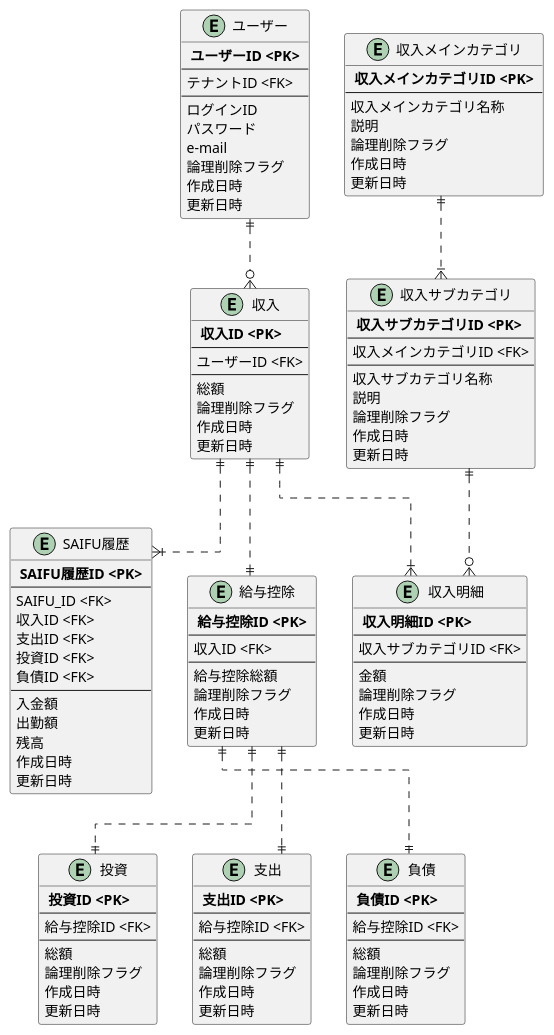
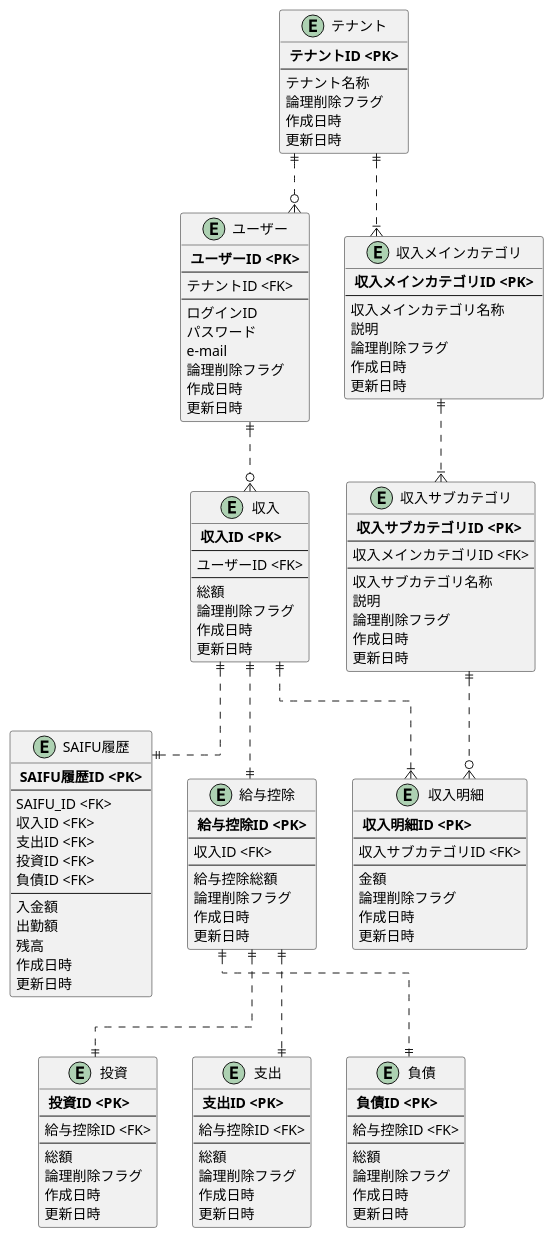
One commit to JojiKoike/saifu-docs changed the diagram in design/ER_Logical_Income.wsd. Above: the diagram before and after it, drawn with PlantUML.

Commit message:
リレーション修正、テナントEntity追加、 テナントと収入メインカテゴリのリレーション追加

```diff
--- a/design/ER_Logical_Income.wsd
+++ b/design/ER_Logical_Income.wsd
@@ -1,135 +1,148 @@
 @startuml ER_Concept
 skinparam linetype ortho
 
 ' Entity
+entity "テナント" as tenant {
+  ** テナントID <PK> **
+  --
+  テナント名称
+  論理削除フラグ
+  作成日時
+  更新日時
+}
+
 entity "ユーザー" as user {
   ** ユーザーID <PK> **
   --
   テナントID <FK>
   --
   ログインID
   パスワード
   e-mail
   論理削除フラグ
   作成日時
   更新日時
 }
 
 entity "SAIFU履歴" as saifuHistory {
   ** SAIFU履歴ID <PK> **
   --
   SAIFU_ID <FK>
   収入ID <FK>
   支出ID <FK>
   投資ID <FK>
   負債ID <FK>
   --
   入金額
   出勤額
   残高
   作成日時
   更新日時
 }
 
 entity "収入" as income {
   ** 収入ID <PK> **
   --
   ユーザーID <FK>
   --
   総額
   論理削除フラグ
   作成日時
   更新日時
 }
 
 entity "収入明細" as incomeDetail {
   ** 収入明細ID <PK> **
   --
   収入サブカテゴリID <FK>
   --
   金額
   論理削除フラグ
   作成日時
   更新日時
 }
 
 entity "収入メインカテゴリ" as incomeCategoryMain {
   ** 収入メインカテゴリID <PK> **
   --
   収入メインカテゴリ名称
   説明
   論理削除フラグ
   作成日時
   更新日時
 }
 
 entity "収入サブカテゴリ" as incomeCategorySub {
   ** 収入サブカテゴリID <PK> **
   --
   収入メインカテゴリID <FK>
   --
   収入サブカテゴリ名称
   説明
   論理削除フラグ
   作成日時
   更新日時
 }
 
 entity "給与控除" as salaryDeduction {
   ** 給与控除ID <PK> **
   --
   収入ID <FK>
   --
   給与控除総額
   論理削除フラグ
   作成日時
   更新日時
 }
 
 entity "投資" as investment {
   ** 投資ID <PK> **
   --
   給与控除ID <FK>
   --
   総額
   論理削除フラグ
   作成日時
   更新日時
 }
 
 entity "支出" as expense {
   ** 支出ID <PK> **
   --
   給与控除ID <FK>
   --
   総額
   論理削除フラグ
   作成日時
   更新日時
 }
 
 entity "負債" as debt {
   ** 負債ID <PK> **
   --
   給与控除ID <FK>
   --
   総額
   論理削除フラグ
   作成日時
   更新日時
 }
 
 ' Relation
 
+' Account
+tenant ||..o{user
+
 ' Income
+tenant ||..|{incomeCategoryMain
 incomeCategoryMain ||..|{incomeCategorySub
 incomeCategorySub ||..o{incomeDetail
 user ||..o{income
 income ||..|{incomeDetail
-income ||..|{saifuHistory
+income ||..||saifuHistory
 income ||..||salaryDeduction
 salaryDeduction ||..||investment
 salaryDeduction ||..||expense
 salaryDeduction ||..||debt
 
 @enduml
```
